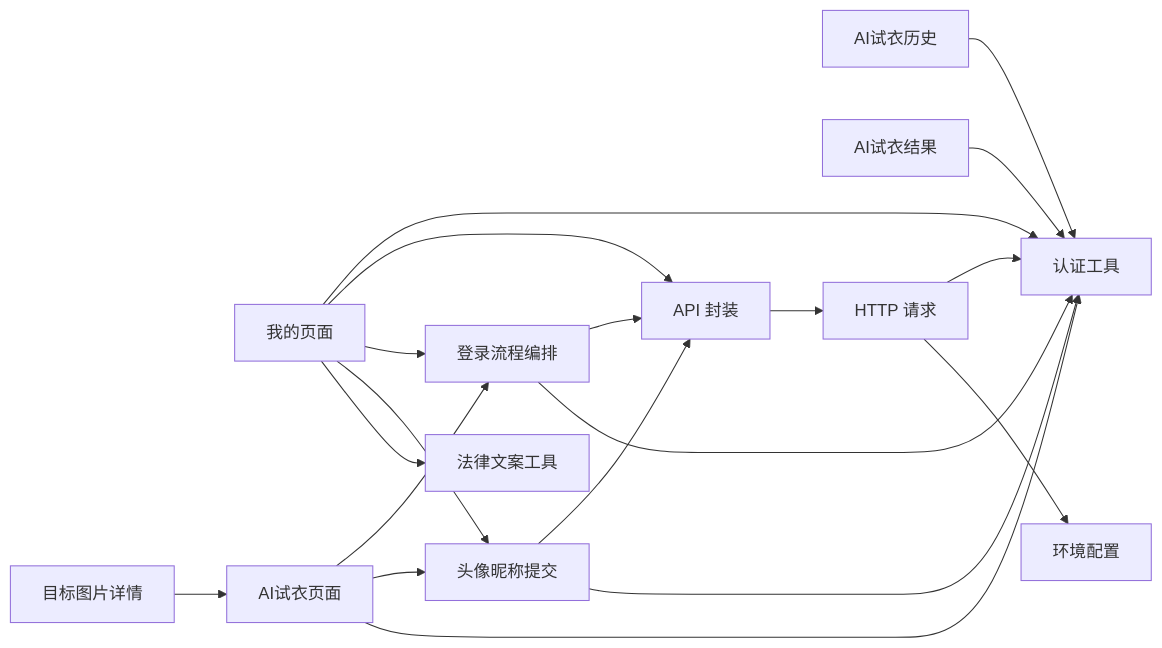
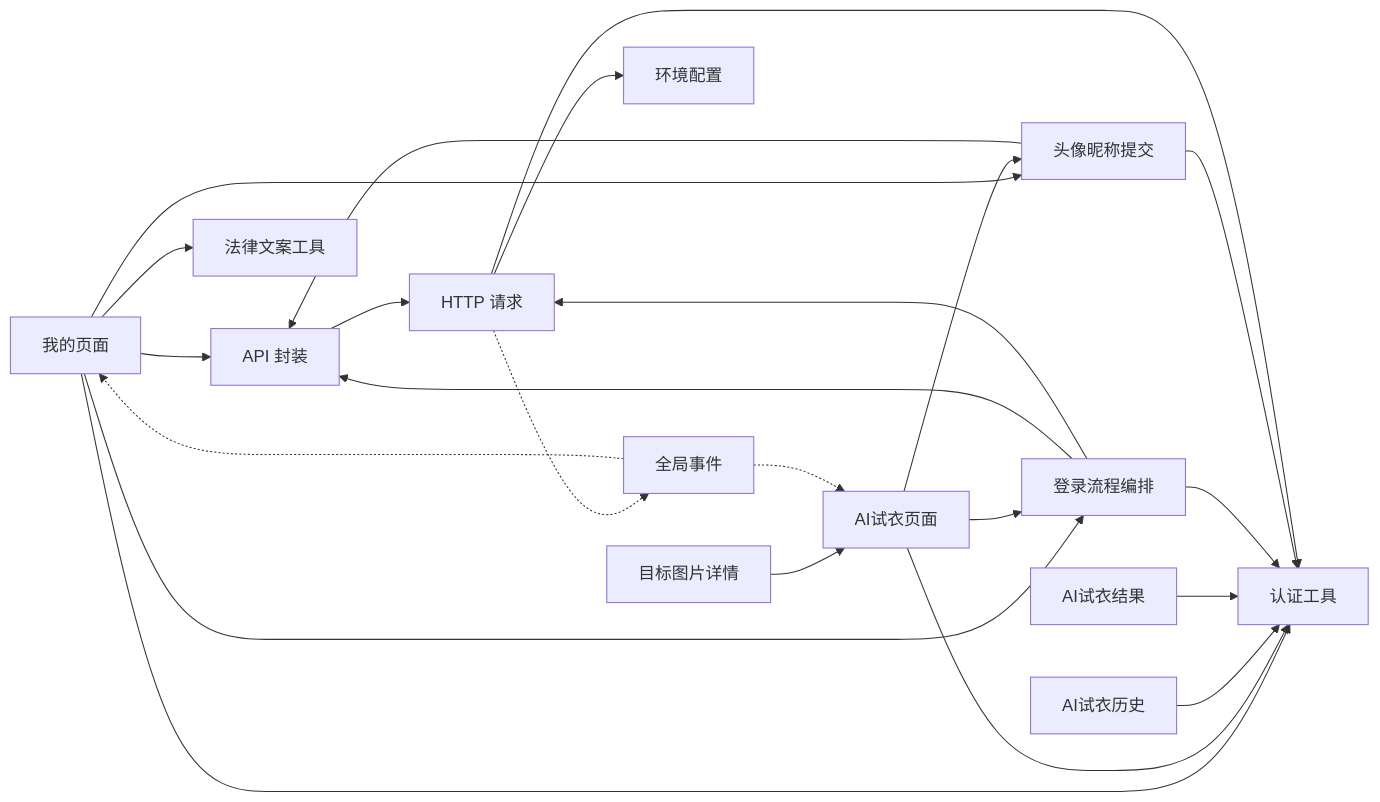
One commit to crazyma99/blueberry changed diagram 13 of 13 in .qoder/repowiki/zh/content/核心功能模块/用户认证系统.md. Above: the diagram before and after it, drawn with Mermaid. The commit also changed other lines of this file and 7 other files, not shown here.

````diff
--- a/.qoder/repowiki/zh/content/核心功能模块/用户认证系统.md
+++ b/.qoder/repowiki/zh/content/核心功能模块/用户认证系统.md
@@ -521,21 +666,25 @@
 ```mermaid
 graph LR
 Mine["我的页面"] --> Auth["认证工具"]
 Mine --> Api["API 封装"]
 Mine --> LoginFlow["登录流程编排"]
 Mine --> ProfileSubmit["头像昵称提交"]
 Mine --> Legal["法律文案工具"]
 AiTryOn["AI试衣页面"] --> LoginFlow
 AiTryOn --> ProfileSubmit
 AiTryOn --> Auth
 TargetPhoto["目标图片详情"] --> AiTryOn
 AiTryOnHistory["AI试衣历史"] --> Auth
 AiTryOnResult["AI试衣结果"] --> Auth
 LoginFlow --> Api
 LoginFlow --> Auth
+LoginFlow --> Http["HTTP 请求"]
 ProfileSubmit --> Api
 ProfileSubmit --> Auth
-Api --> Http["HTTP 请求"]
+Api --> Http
 Http --> Auth
 Http --> Config["环境配置"]
+Http -.-> Event["全局事件"]
+Event -.-> Mine
+Event -.-> AiTryOn
 ```
````
